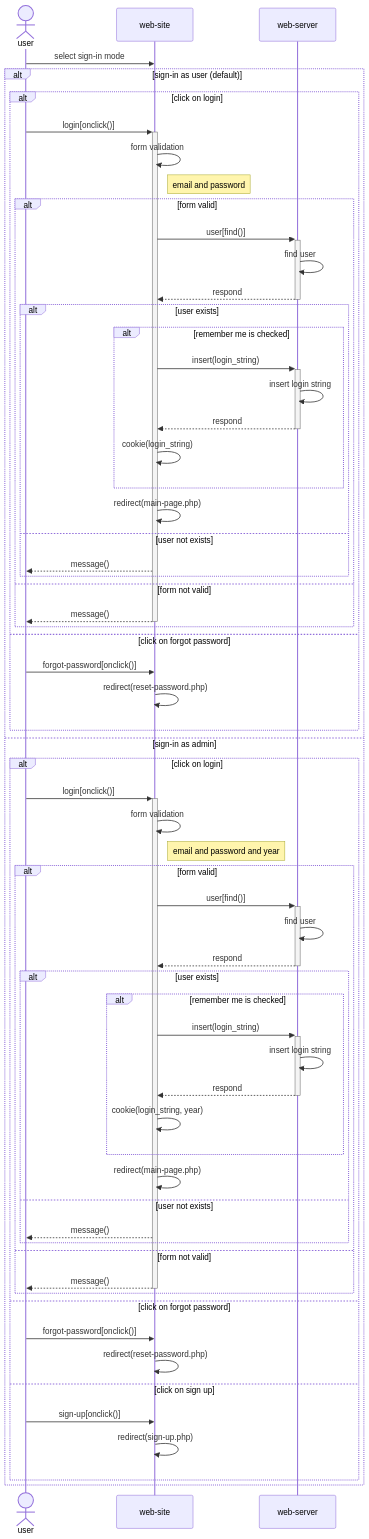
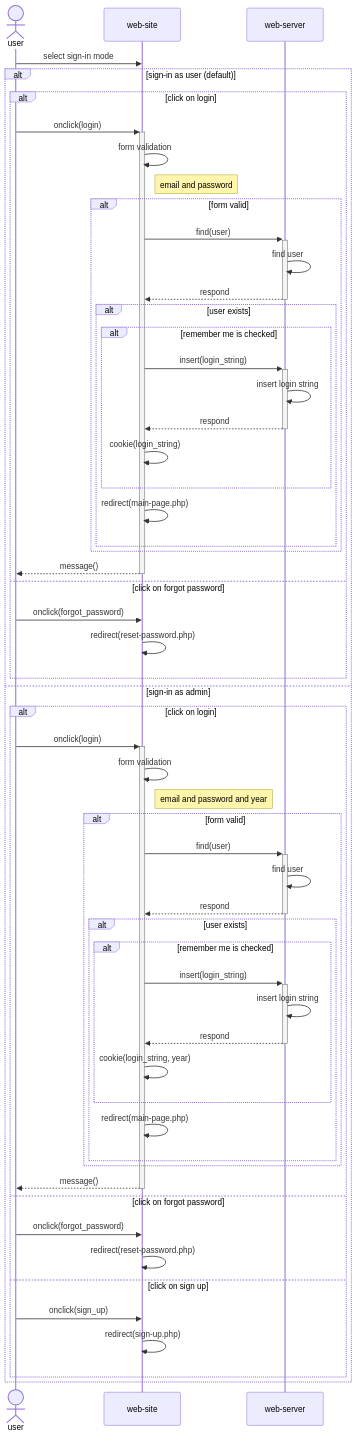
Before and after one commit to idlli/E-Campus: the second of 2 diagrams in diagrams/sign-in.md, drawn with Mermaid.

````diff
--- a/diagrams/sign-in.md
+++ b/diagrams/sign-in.md
@@ -21,65 +21,59 @@
 ```mermaid
 sequenceDiagram
     actor user
     participant site as web-site
     participant server as web-server
     user ->> site : select sign-in mode
     alt sign-in as user (default)
         alt click on login
-            user ->>+ site : login[onclick()]
+            user ->>+ site : onclick(login)
             site ->> site : form validation
             note right of site : email and password
             alt form valid
-                site ->>+ server : user[find()]
+                site ->>+ server : find(user)
                 server ->> server : find user
                 server -->>- site : respond
                 alt user exists
                     alt remember me is checked
                         site ->>+ server : insert(login_string)
                         server ->> server : insert login string
                         server -->>- site : respond
                         site ->> site : cookie(login_string)
                     end
                     site ->> site : redirect(main-page.php)
-                else user not exists
-                    site -->> user : message()
                 end
-            else form not valid
-                site -->>- user : message()
             end
+            site -->>- user : message()
         else click on forgot password
-            user ->> site : forgot-password[onclick()]
+            user ->> site : onclick(forgot_password)
             site ->> site : redirect(reset-password.php)
         end
     else sign-in as admin
         alt click on login
-            user ->>+ site : login[onclick()]
+            user ->>+ site : onclick(login)
             site ->> site : form validation
             note right of site : email and password and year
             alt form valid
-                site ->>+ server : user[find()]
+                site ->>+ server : find(user)
                 server ->> server : find user
                 server -->>- site : respond
                 alt user exists
                     alt remember me is checked
                         site ->>+ server : insert(login_string)
                         server ->> server : insert login string
                         server -->>- site : respond
                         site ->> site : cookie(login_string, year)
                     end
                     site ->> site : redirect(main-page.php)
-                else user not exists
-                    site -->> user : message()
                 end
-            else form not valid
-                site -->>- user : message()
             end
+            site -->>- user : message()
         else click on forgot password
-            user ->> site : forgot-password[onclick()]
+            user ->> site : onclick(forgot_password)
             site ->> site : redirect(reset-password.php)
         else click on sign up
-            user ->> site : sign-up[onclick()]
+            user ->> site : onclick(sign_up)
             site ->> site : redirect(sign-up.php)
         end
     end
 ```
````
